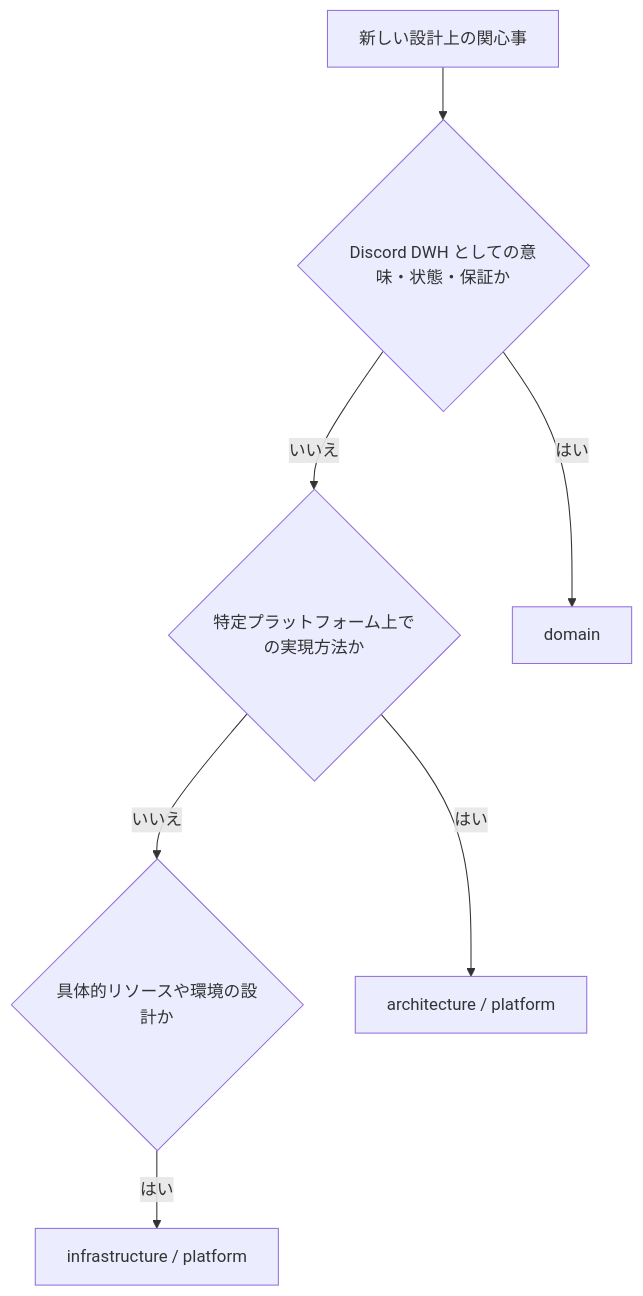
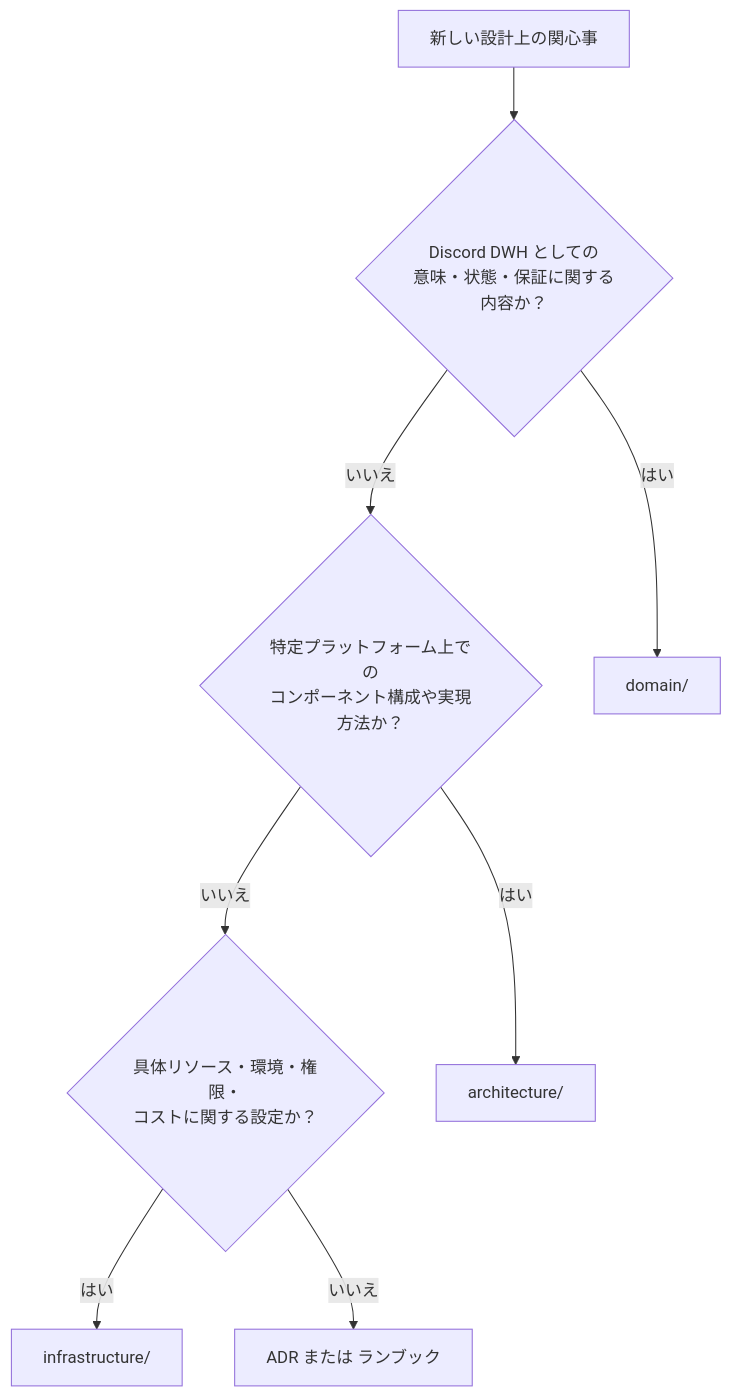
The second of 2 diagrams in docs/README.md (ojiverse/datawarehouse), drawn with Mermaid before and after one commit. The commit also changed other lines of this file and 32 other files, not shown here.

````diff
--- a/docs/README.md
+++ b/docs/README.md
@@ -116,14 +42,15 @@
 ```mermaid
 flowchart TD
-    X[新しい設計上の関心事]
-    D{Discord DWH としての意味・状態・保証か}
-    A{特定プラットフォーム上での実現方法か}
-    I{具体的リソースや環境の設計か}
+    Topic[新しい設計上の関心事]
+    IsDomain{Discord DWH としての<br>意味・状態・保証に関する内容か？}
+    IsArch{特定プラットフォーム上での<br>コンポーネント構成や実現方法か？}
+    IsInfra{具体リソース・環境・権限・<br>コストに関する設定か？}
 
-    X --> D
-    D -->|はい| Domain[domain]
-    D -->|いいえ| A
-    A -->|はい| Architecture[architecture / platform]
-    A -->|いいえ| I
-    I -->|はい| Infrastructure[infrastructure / platform]
+    Topic --> IsDomain
+    IsDomain -->|はい| Domain[domain/]
+    IsDomain -->|いいえ| IsArch
+    IsArch -->|はい| Arch[architecture/]
+    IsArch -->|いいえ| IsInfra
+    IsInfra -->|はい| Infra[infrastructure/]
+    IsInfra -->|いいえ| Other[ADR または ランブック]
 ```
````
